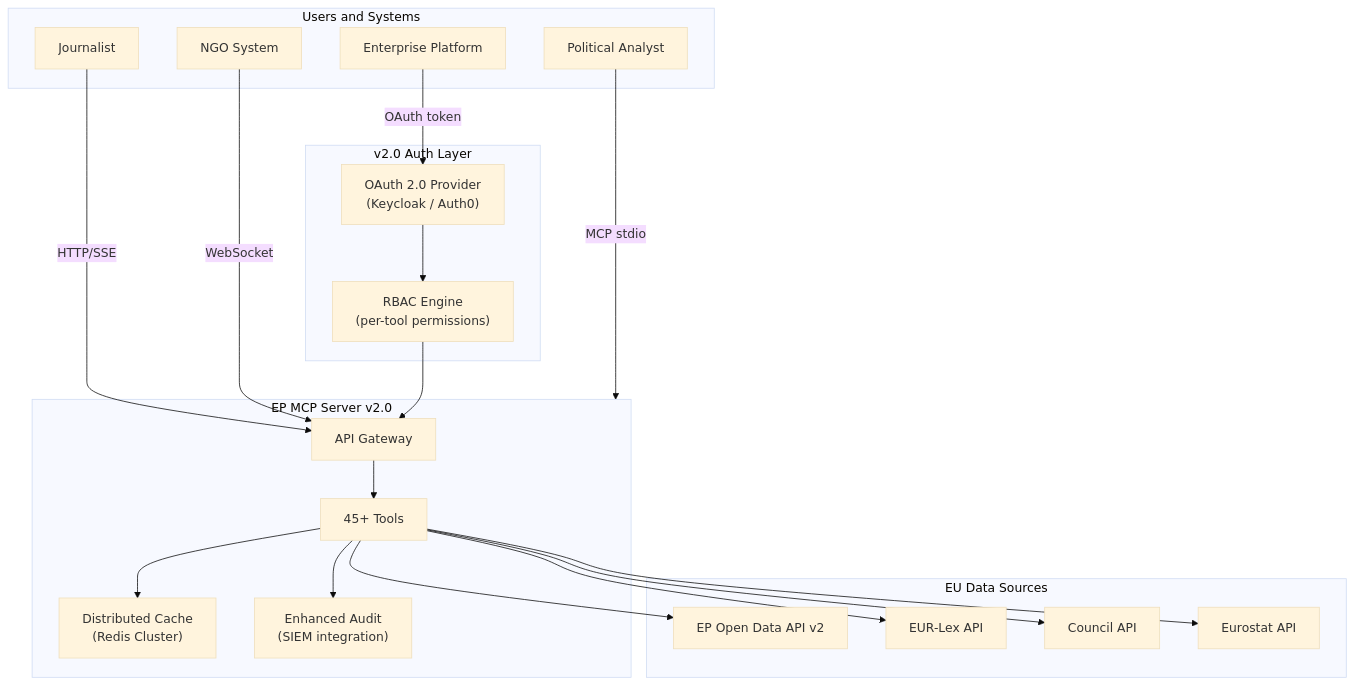
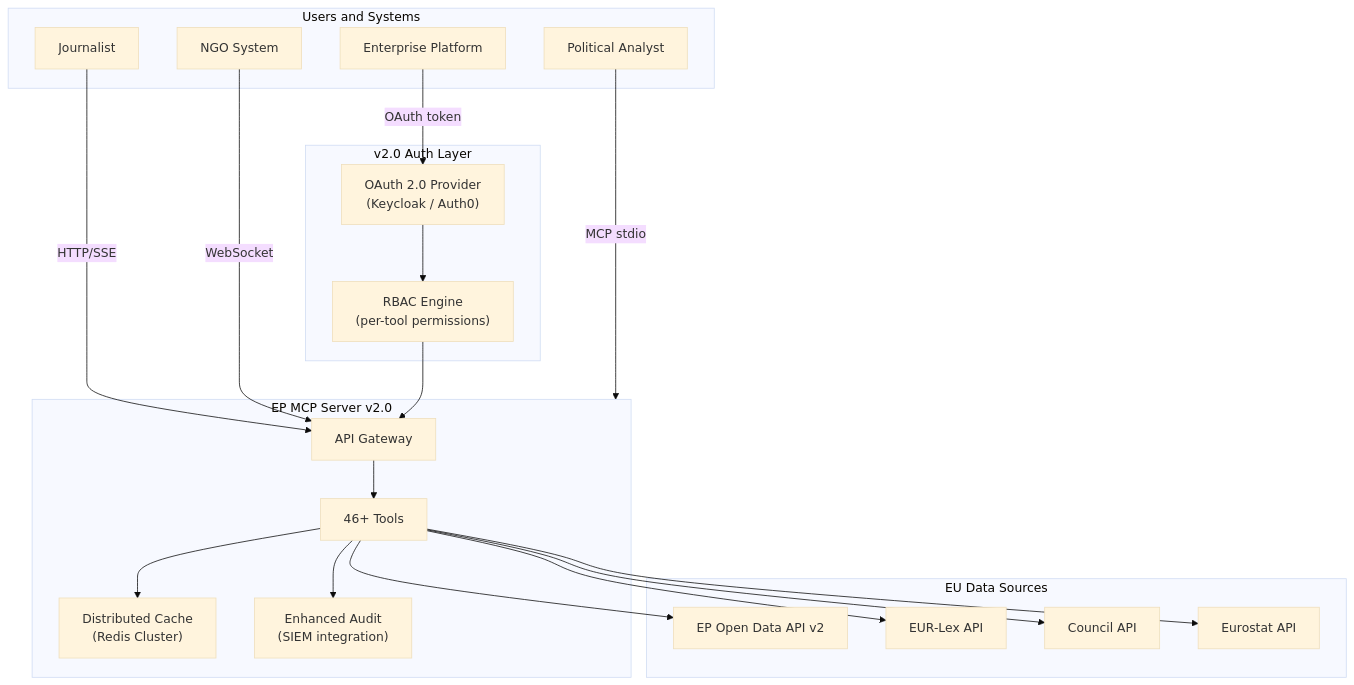
The fourth of 4 diagrams in FUTURE_ARCHITECTURE.md (Hack23/European-Parliament-MCP-Server), drawn with Mermaid (base theme) before and after one commit. The commit also changed other lines of this file and 14 other files, not shown here.

````diff
--- a/FUTURE_ARCHITECTURE.md
+++ b/FUTURE_ARCHITECTURE.md
@@ -193,42 +193,42 @@
 ```mermaid
 flowchart TD
     subgraph Users["Users and Systems"]
         ANALYST["Political Analyst"]
         JOURNALIST["Journalist"]
         NGO["NGO System"]
         ENTERPRISE["Enterprise Platform"]
     end
 
     subgraph AuthLayer["v2.0 Auth Layer"]
         OAUTH["OAuth 2.0 Provider\n(Keycloak / Auth0)"]
         RBAC["RBAC Engine\n(per-tool permissions)"]
     end
 
     subgraph EPMCPv2["EP MCP Server v2.0"]
         GATEWAY["API Gateway"]
-        TOOLS["45+ Tools"]
+        TOOLS["46+ Tools"]
         CACHE["Distributed Cache\n(Redis Cluster)"]
         AUDIT["Enhanced Audit\n(SIEM integration)"]
     end
 
     subgraph DataSources["EU Data Sources"]
         EPA["EP Open Data API v2"]
         EURLEX["EUR-Lex API"]
         COUNCIL["Council API"]
         EUROSTAT["Eurostat API"]
     end
 
     ANALYST -->|"MCP stdio"| EPMCPv2
     JOURNALIST -->|"HTTP/SSE"| GATEWAY
     NGO -->|"WebSocket"| GATEWAY
     ENTERPRISE -->|"OAuth token"| OAUTH
     OAUTH --> RBAC
     RBAC --> GATEWAY
     GATEWAY --> TOOLS
     TOOLS --> CACHE
     TOOLS --> EPA
     TOOLS --> EURLEX
     TOOLS --> COUNCIL
     TOOLS --> EUROSTAT
     TOOLS --> AUDIT
 ```
````
